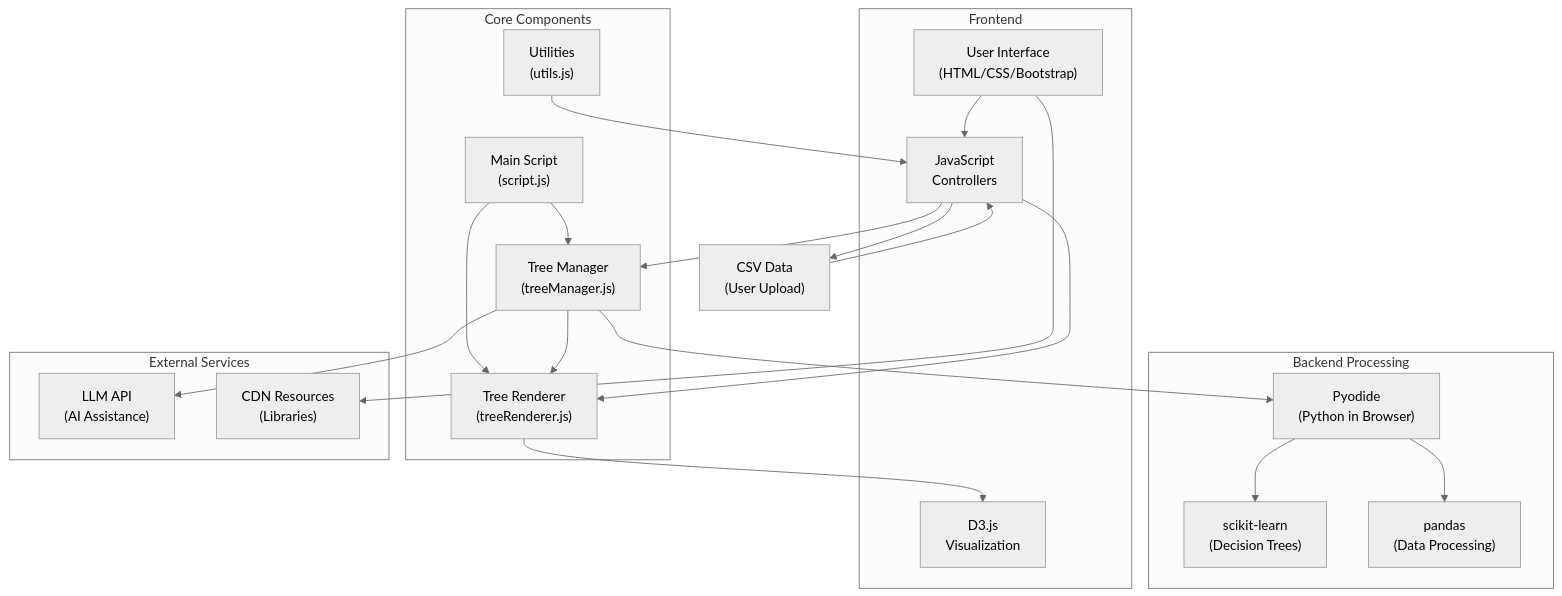
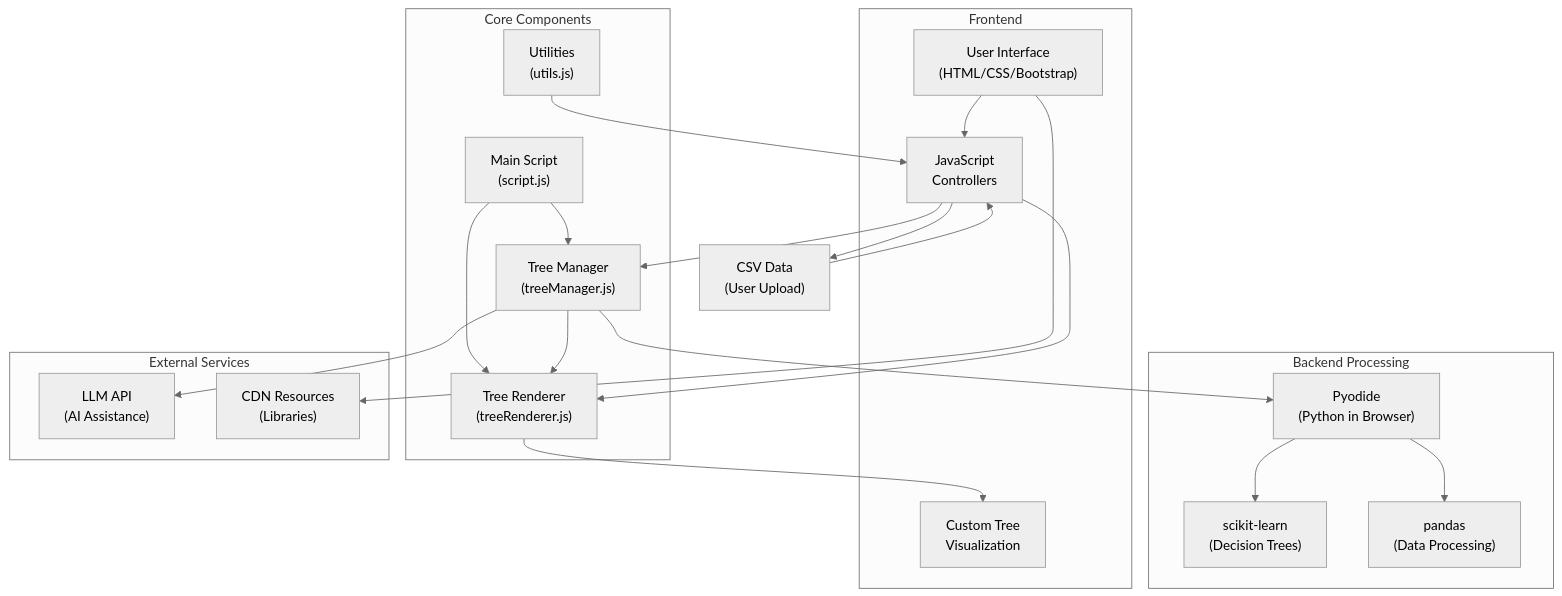
One commit to prudhvi1709/dtgen changed the diagram in README.md. Above: the diagram before and after it, drawn with Mermaid (neutral theme). The commit also changed other lines of this file, not shown here.

Commit message:
DOC: Update Architecture Diagram

````diff
--- a/README.md
+++ b/README.md
@@ -90,44 +90,44 @@
 ```mermaid
 graph TD
     subgraph "Frontend"
         UI["User Interface<br/>(HTML/CSS/Bootstrap)"]
         JS["JavaScript<br/>Controllers"]
-        D3["D3.js<br/>Visualization"]
+        TR["Custom Tree<br/>Visualization"]
     end
     
     subgraph "Core Components"
         TM["Tree Manager<br/>(treeManager.js)"]
-        TR["Tree Renderer<br/>(treeRenderer.js)"]
+        TRD["Tree Renderer<br/>(treeRenderer.js)"]
         UT["Utilities<br/>(utils.js)"]
         SC["Main Script<br/>(script.js)"]
     end
     
     subgraph "Backend Processing"
         PY["Pyodide<br/>(Python in Browser)"]
         ML["scikit-learn<br/>(Decision Trees)"]
         PD["pandas<br/>(Data Processing)"]
     end
     
     subgraph "External Services"
         API["LLM API<br/>(AI Assistance)"]
         CDN["CDN Resources<br/>(Libraries)"]
     end
     
     UI --> JS
     JS --> TM
-    JS --> TR
+    JS --> TRD
     TM --> PY
     PY --> ML
     PY --> PD
-    TR --> D3
+    TRD --> TR
     TM --> API
     UI --> CDN
     UT --> JS
     SC --> TM
-    SC --> TR
+    SC --> TRD
     
     CSV["CSV Data<br/>(User Upload)"] --> JS
     JS --> CSV
     
-    TM --> TR
+    TM --> TRD
 ```
````
